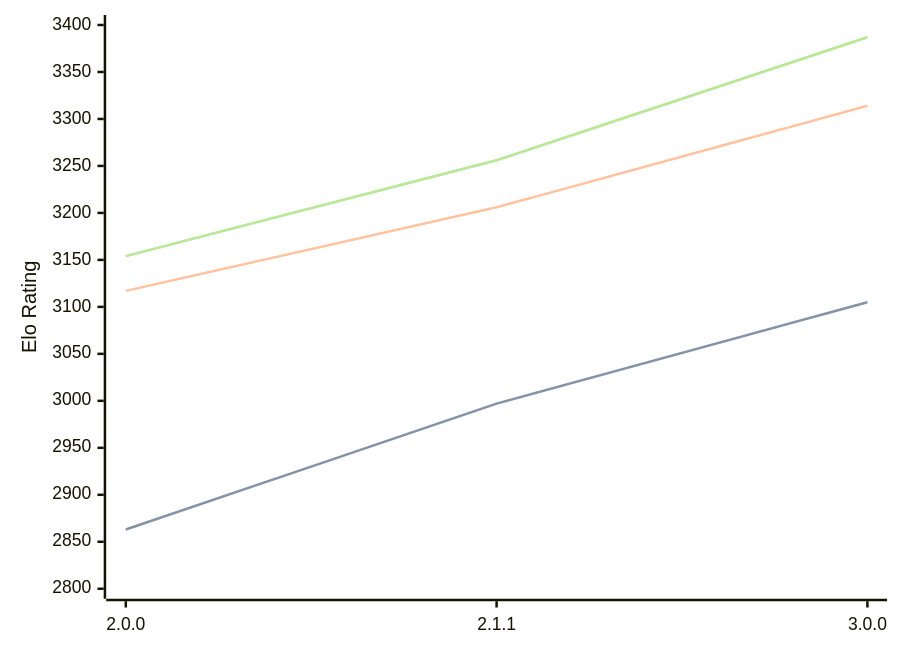
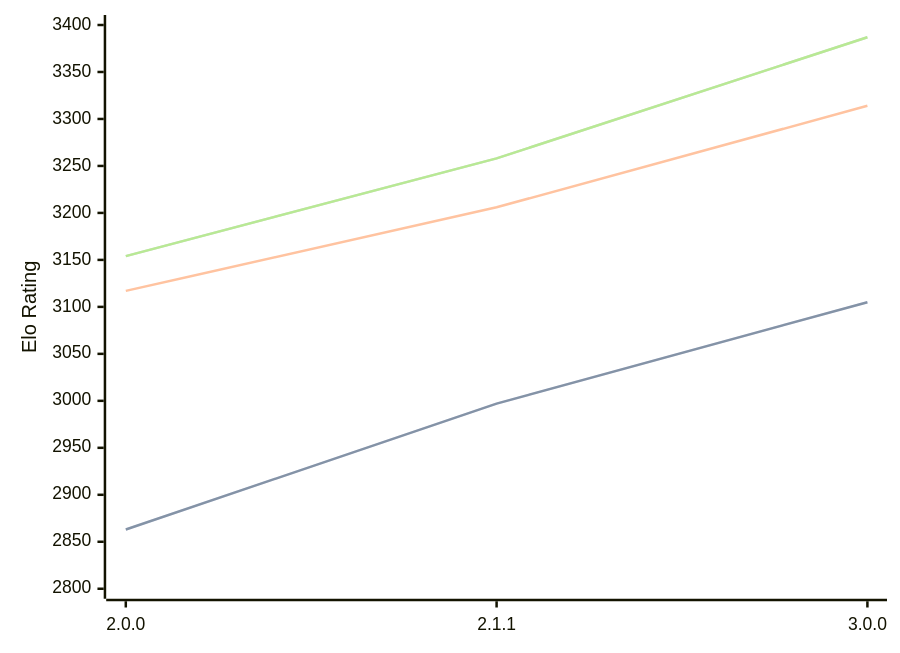
Before and after one commit to computer-chess-index/cci: the diagram in engines/Bread.md, drawn with Mermaid. The commit also changed other lines of this file, not shown here.

Commit message:
Update CCI Ratings (ELO VLTC) - 2026-09-06

````diff
--- a/engines/Bread.md
+++ b/engines/Bread.md
@@ -36,11 +36,11 @@
 ```mermaid
 %%{init: {"theme":"base","themeVariables":{"seriesColors:['#a3a3a3','#222221','#faa371']}}}%%
 xychart-beta
   x-axis ["2.0.0", "2.1.1", "3.0.0"]
   y-axis "Elo Rating" 2800 --> 3400
   line "" [2863, 2997, 3105]
   line "STC (8.0+0.08s)" [2863, 2997, 3105]
   line "LTC (60.0+0.60s)" [3117, 3206, 3314]
-  line "" [3154, 3256, 3387]
-  line "VLTC (2m24s+1.12s)" [3154, 3256, 3387]
+  line "" [3154, 3258, 3387]
+  line "VLTC (2m24s+1.12s)" [3154, 3258, 3387]
 ```
````
